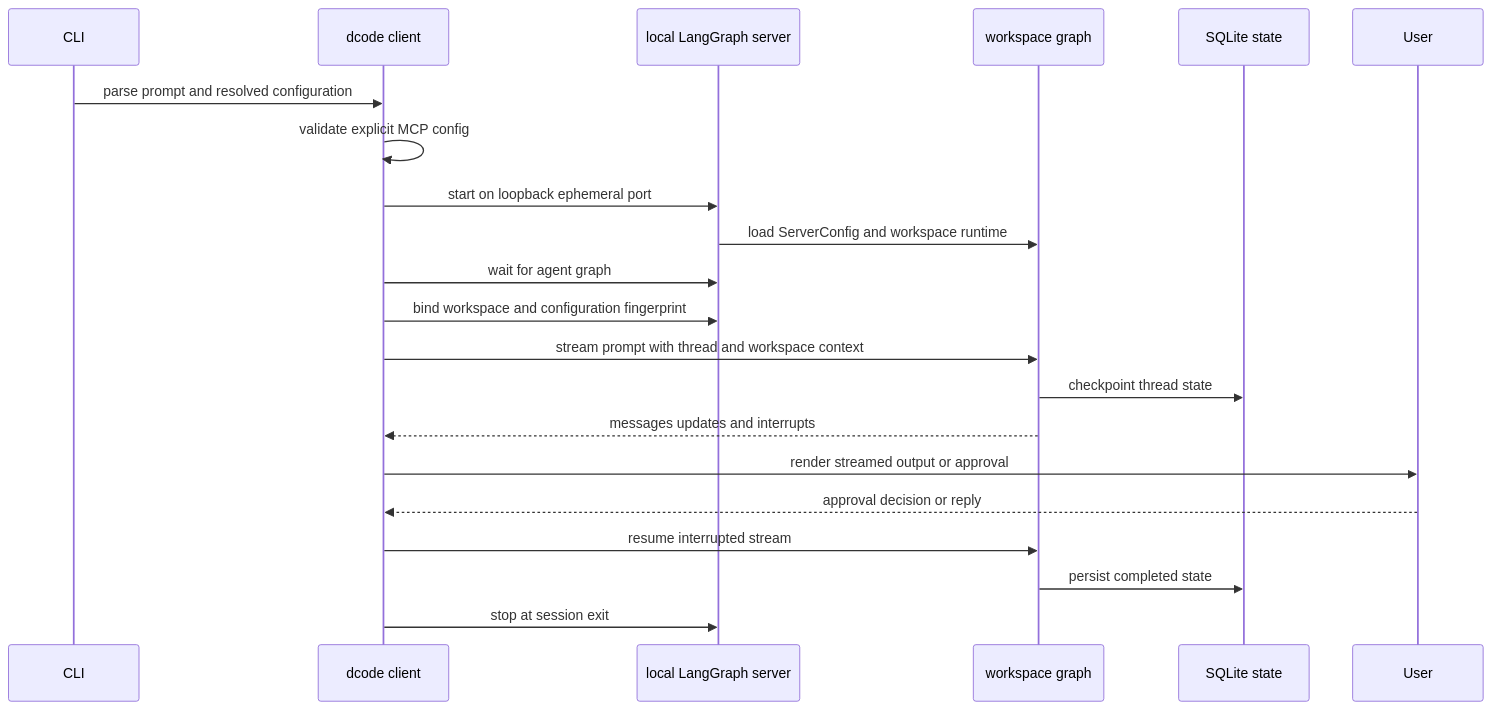
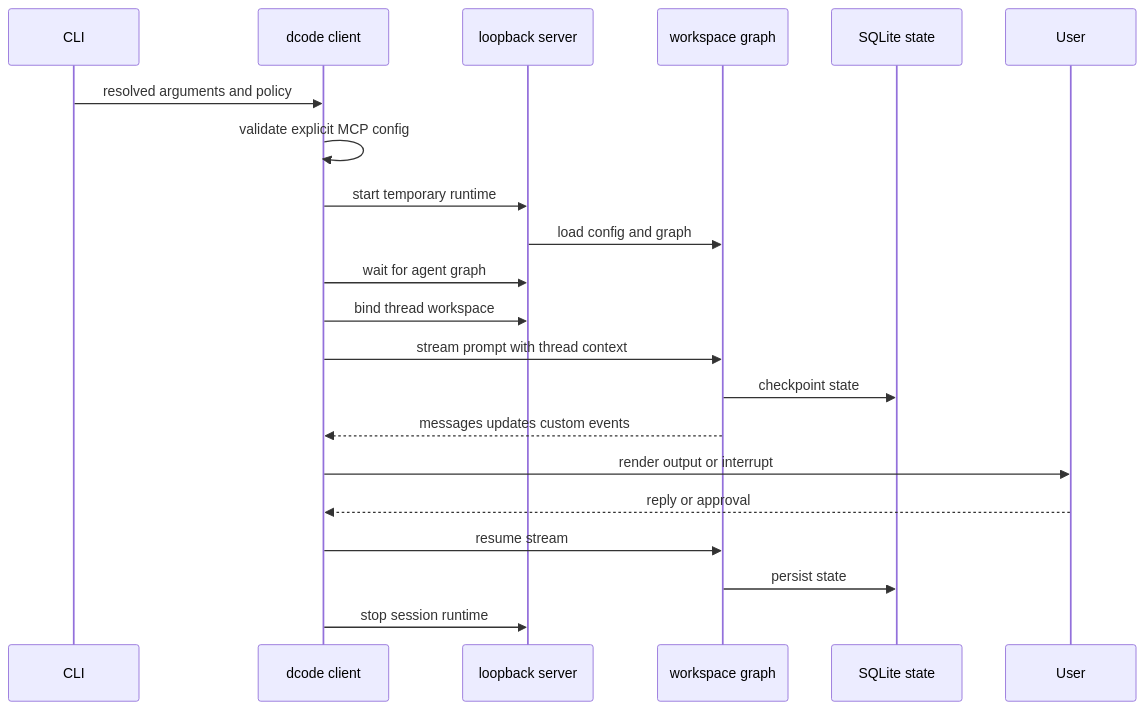
Before and after one commit to langchain-ai/deepagents: the first of 2 diagrams in openwiki/workflows/run-dcode-session.md, drawn with Mermaid. The commit also changed other lines of this file and 36 other files, not shown here.

````diff
--- a/openwiki/workflows/run-dcode-session.md
+++ b/openwiki/workflows/run-dcode-session.md
@@ -89,23 +78,23 @@
 ```mermaid
 sequenceDiagram
     participant CLI
-    participant Parent as dcode client
-    participant Server as local LangGraph server
+    participant Client as dcode client
+    participant Server as loopback server
     participant Graph as workspace graph
     participant Store as SQLite state
     participant User
-    CLI->>Parent: parse prompt and resolved configuration
-    Parent->>Parent: validate explicit MCP config
-    Parent->>Server: start on loopback ephemeral port
-    Server->>Graph: load ServerConfig and workspace runtime
-    Parent->>Server: wait for agent graph
-    Parent->>Server: bind workspace and configuration fingerprint
-    Parent->>Graph: stream prompt with thread and workspace context
-    Graph->>Store: checkpoint thread state
-    Graph-->>Parent: messages updates and interrupts
-    Parent->>User: render streamed output or approval
-    User-->>Parent: approval decision or reply
-    Parent->>Graph: resume interrupted stream
-    Graph->>Store: persist completed state
-    Parent->>Server: stop at session exit
+    CLI->>Client: resolved arguments and policy
+    Client->>Client: validate explicit MCP config
+    Client->>Server: start temporary runtime
+    Server->>Graph: load config and graph
+    Client->>Server: wait for agent graph
+    Client->>Server: bind thread workspace
+    Client->>Graph: stream prompt with thread context
+    Graph->>Store: checkpoint state
+    Graph-->>Client: messages updates custom events
+    Client->>User: render output or interrupt
+    User-->>Client: reply or approval
+    Client->>Graph: resume stream
+    Graph->>Store: persist state
+    Client->>Server: stop session runtime
 ```
````
